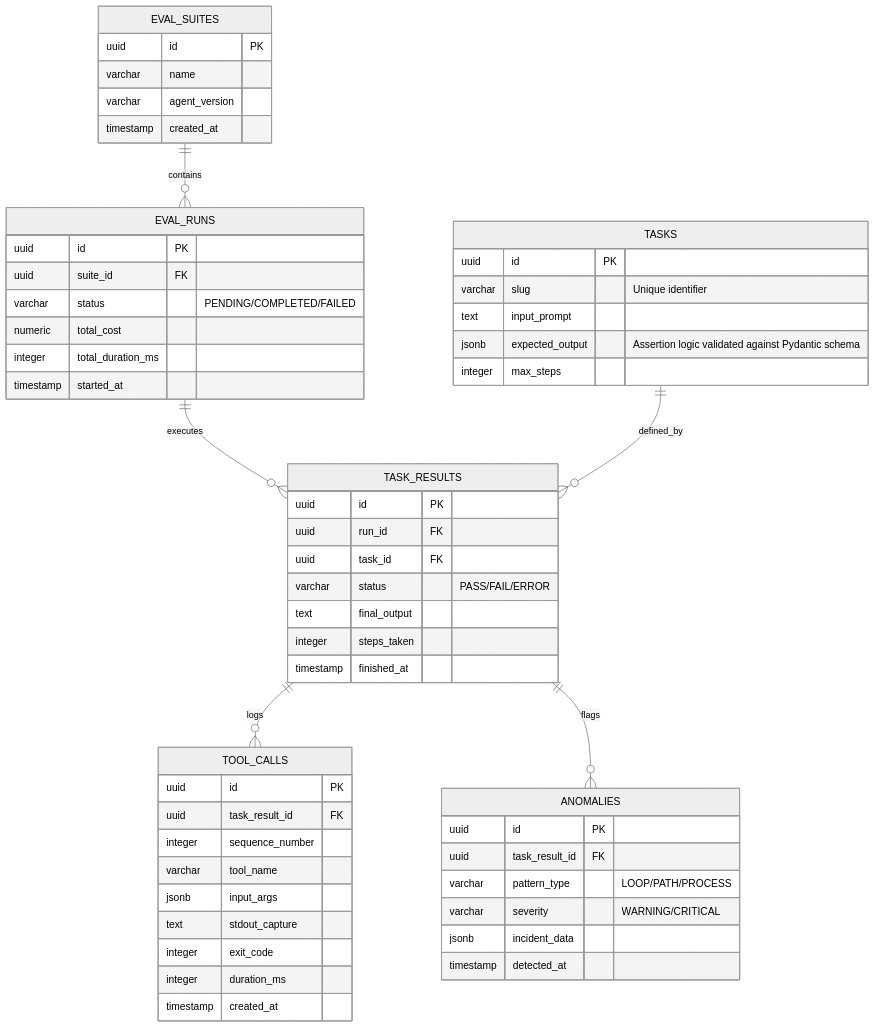
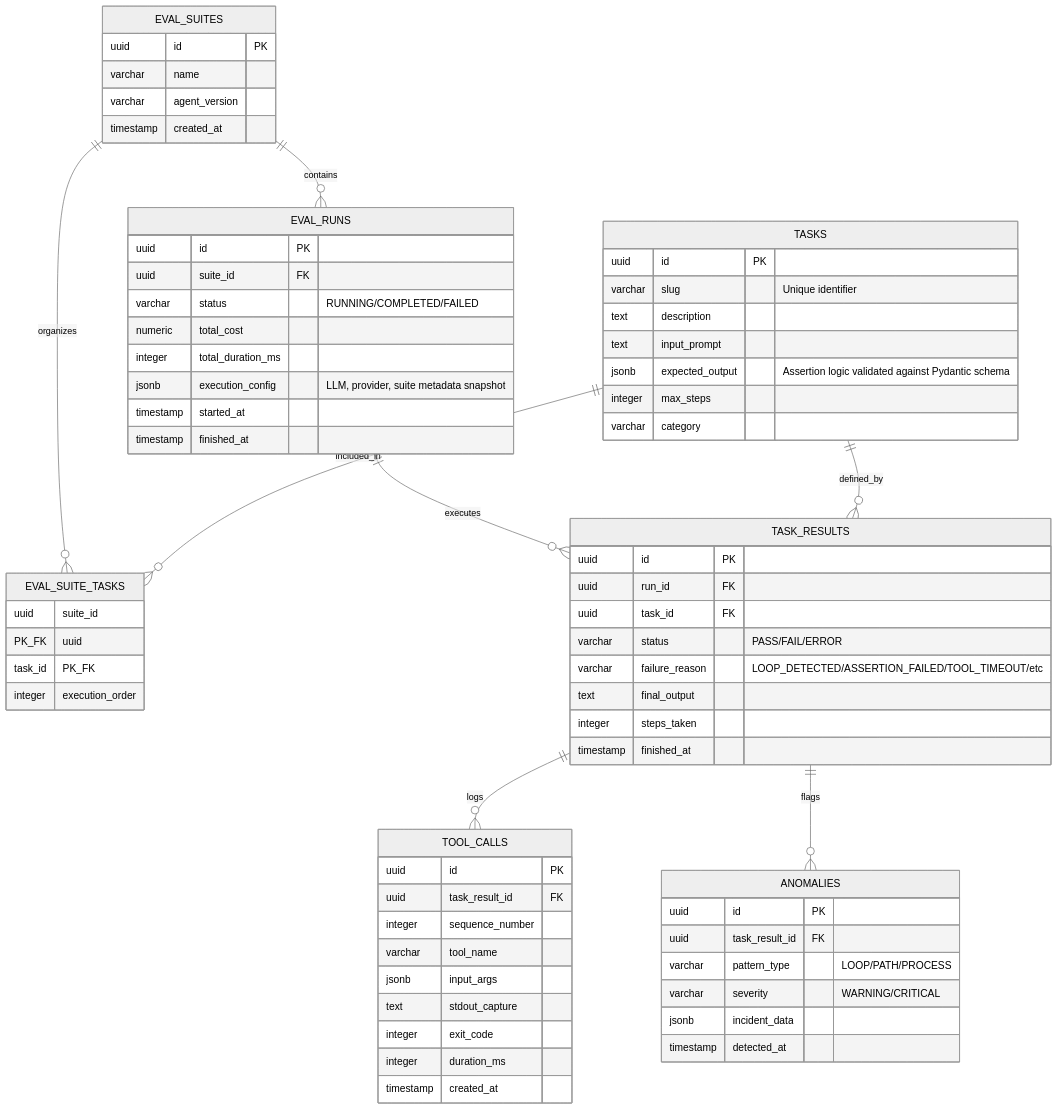
One commit to vaibhv19/Vigil changed the diagram in Docs/DB Schema.md. Above: the diagram before and after it, drawn with Mermaid (neutral theme). The commit also changed other lines of this file, not shown here.

Commit message:
docs(db): reconcile DB Schema.md with implementation (F-07)

````diff
--- a/Docs/DB Schema.md
+++ b/Docs/DB Schema.md
@@ -9,63 +9,76 @@
 ```mermaid
 erDiagram
     EVAL_SUITES ||--o{ EVAL_RUNS : "contains"
+    EVAL_SUITES ||--o{ EVAL_SUITE_TASKS : "organizes"
+    TASKS ||--o{ EVAL_SUITE_TASKS : "included_in"
     EVAL_RUNS ||--o{ TASK_RESULTS : "executes"
     TASKS ||--o{ TASK_RESULTS : "defined_by"
     TASK_RESULTS ||--o{ TOOL_CALLS : "logs"
     TASK_RESULTS ||--o{ ANOMALIES : "flags"
 
     EVAL_SUITES {
         uuid id PK
         varchar name
         varchar agent_version
         timestamp created_at
     }
 
     TASKS {
         uuid id PK
         varchar slug "Unique identifier"
+        text description
         text input_prompt
         jsonb expected_output "Assertion logic validated against Pydantic schema"
         integer max_steps
+        varchar category
+    }
+
+    EVAL_SUITE_TASKS {
+        uuid suite_id PK_FK
+        uuid task_id PK_FK
+        integer execution_order
     }
 
     EVAL_RUNS {
         uuid id PK
         uuid suite_id FK
-        varchar status "PENDING/COMPLETED/FAILED"
+        varchar status "RUNNING/COMPLETED/FAILED"
         numeric total_cost
         integer total_duration_ms
+        jsonb execution_config "LLM, provider, suite metadata snapshot"
         timestamp started_at
+        timestamp finished_at
     }
 
     TASK_RESULTS {
         uuid id PK
         uuid run_id FK
         uuid task_id FK
         varchar status "PASS/FAIL/ERROR"
+        varchar failure_reason "LOOP_DETECTED/ASSERTION_FAILED/TOOL_TIMEOUT/etc"
         text final_output
         integer steps_taken
         timestamp finished_at
     }
 
     TOOL_CALLS {
         uuid id PK
         uuid task_result_id FK
         integer sequence_number
         varchar tool_name
         jsonb input_args
         text stdout_capture
         integer exit_code
         integer duration_ms
         timestamp created_at
     }
 
     ANOMALIES {
         uuid id PK
         uuid task_result_id FK
         varchar pattern_type "LOOP/PATH/PROCESS"
         varchar severity "WARNING/CRITICAL"
         jsonb incident_data
         timestamp detected_at
     }
 ```
````
